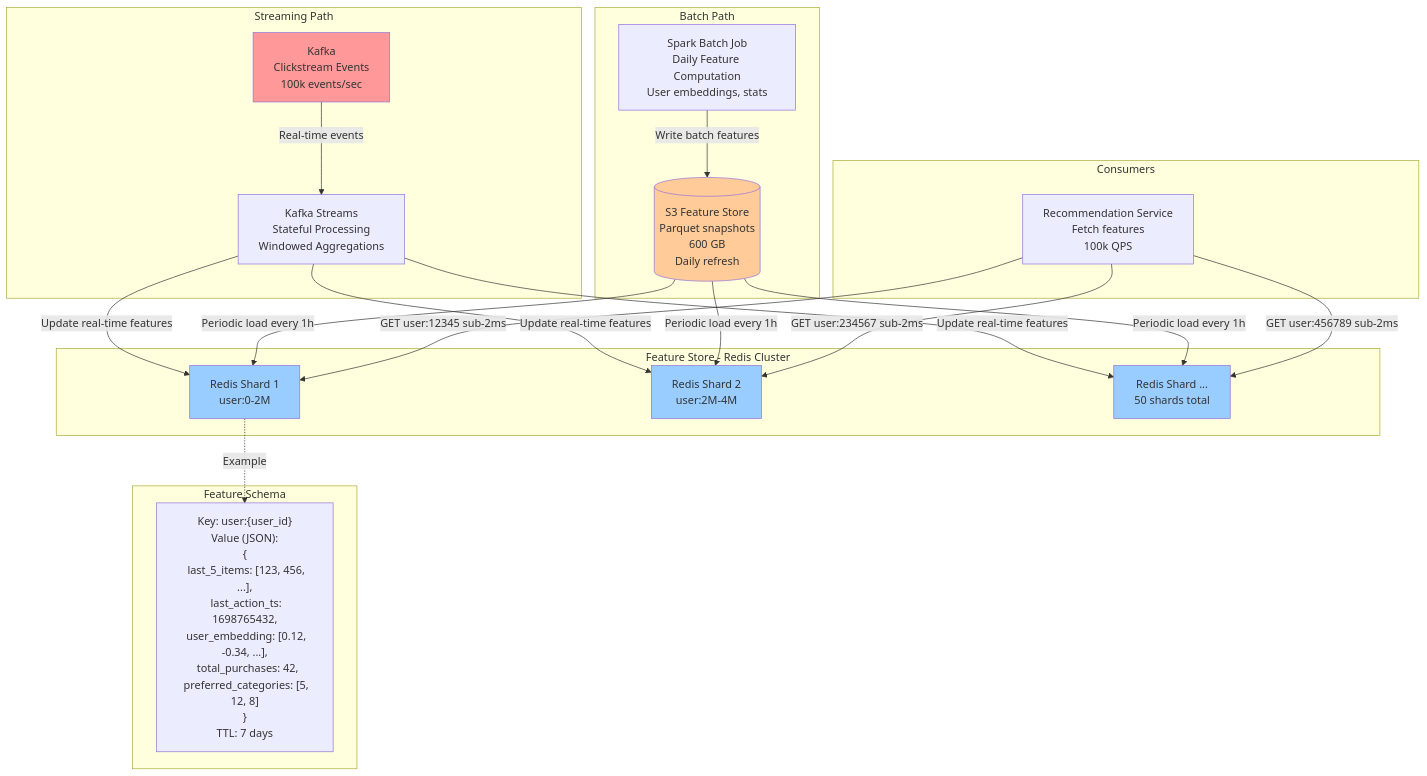
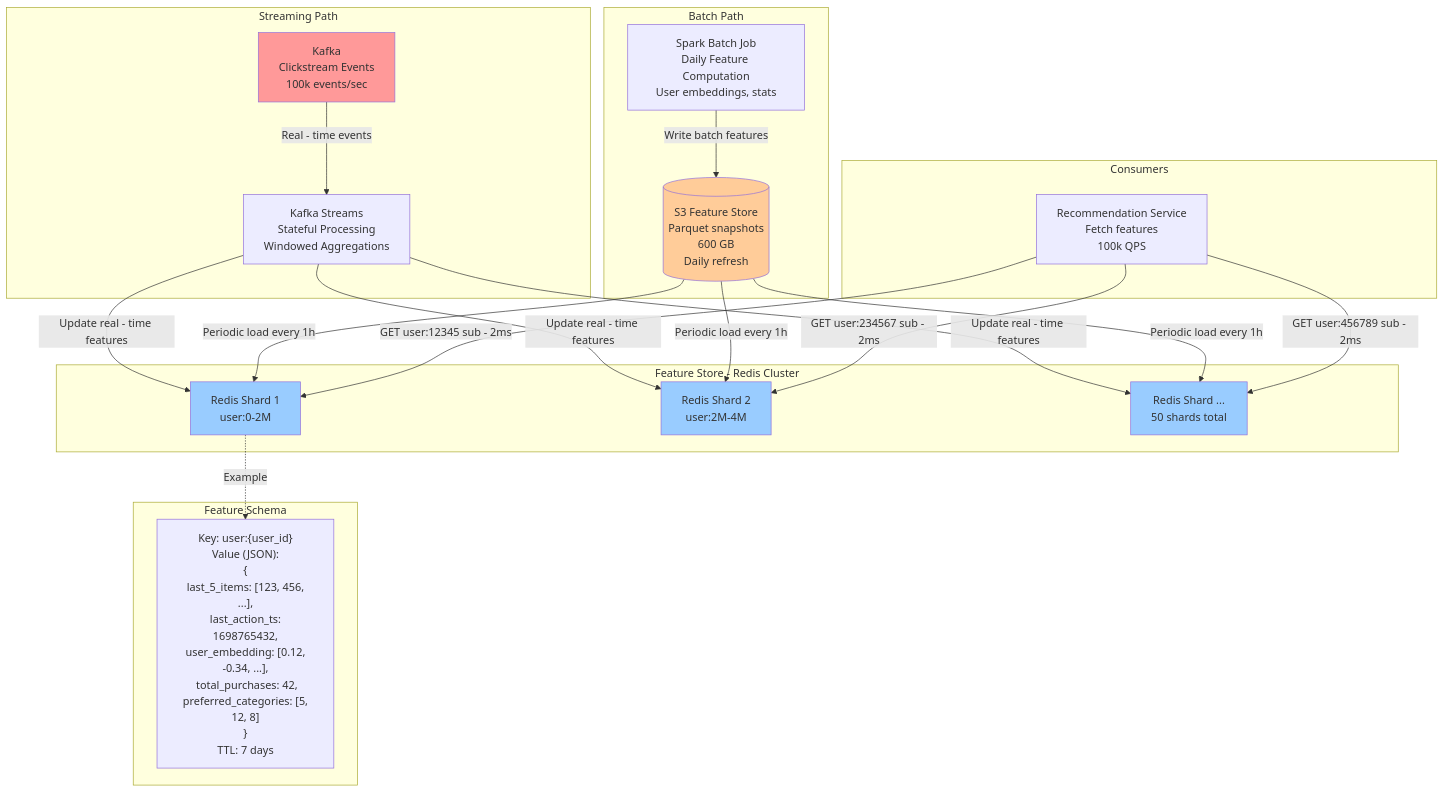
Before and after one commit to piyush7199/hld-architecture-handbook: the fourth of 14 diagrams in 03-challenges/3.4.4-recommendation-system/hld-diagram.md, drawn with Mermaid. The commit also changed other lines of this file and 23 other files, not shown here.

First line of the commit message:
Add Online Code Editor / Judge design challenge with comprehensive documentation and diagrams

````diff
--- a/03-challenges/3.4.4-recommendation-system/hld-diagram.md
+++ b/03-challenges/3.4.4-recommendation-system/hld-diagram.md
@@ -286,50 +291,48 @@
 ```mermaid
 graph TB
     subgraph "Streaming Path"
         Kafka[Kafka<br/>Clickstream Events<br/>100k events/sec]
         KafkaStreams[Kafka Streams<br/>Stateful Processing<br/>Windowed Aggregations]
     end
-    
-    Kafka -->|Real-time events| KafkaStreams
-    
+
+    Kafka -->|Real - time events| KafkaStreams
+
     subgraph "Batch Path"
         Spark[Spark Batch Job<br/>Daily Feature Computation<br/>User embeddings, stats]
         S3Batch[(S3 Feature Store<br/>Parquet snapshots<br/>600 GB<br/>Daily refresh)]
     end
-    
+
     Spark -->|Write batch features| S3Batch
-    
+
     subgraph "Feature Store - Redis Cluster"
         Redis1[Redis Shard 1<br/>user:0-2M]
         Redis2[Redis Shard 2<br/>user:2M-4M]
         Redis3[Redis Shard ...<br/>50 shards total]
     end
-    
-    KafkaStreams -->|Update real-time features| Redis1
-    KafkaStreams -->|Update real-time features| Redis2
-    KafkaStreams -->|Update real-time features| Redis3
-    
+
+    KafkaStreams -->|Update real - time features| Redis1
+    KafkaStreams -->|Update real - time features| Redis2
+    KafkaStreams -->|Update real - time features| Redis3
     S3Batch -->|Periodic load every 1h| Redis1
     S3Batch -->|Periodic load every 1h| Redis2
     S3Batch -->|Periodic load every 1h| Redis3
-    
+
     subgraph "Consumers"
         RecService[Recommendation Service<br/>Fetch features<br/>100k QPS]
     end
-    
-    RecService -->|GET user:12345 sub-2ms| Redis1
-    RecService -->|GET user:234567 sub-2ms| Redis2
-    RecService -->|GET user:456789 sub-2ms| Redis3
-    
+
+    RecService -->|GET user:12345 sub - 2ms| Redis1
+    RecService -->|GET user:234567 sub - 2ms| Redis2
+    RecService -->|GET user:456789 sub - 2ms| Redis3
+
     subgraph "Feature Schema"
-        Schema["Key: user:{user_id}<br/>Value (JSON):<br/>{<br/>  last_5_items: [123, 456, ...],<br/>  last_action_ts: 1698765432,<br/>  user_embedding: [0.12, -0.34, ...],<br/>  total_purchases: 42,<br/>  preferred_categories: [5, 12, 8]<br/>}<br/>TTL: 7 days"]
+        Schema["Key: user:{user_id}<br/>Value (JSON):<br/>{<br/> last_5_items: [123, 456, ...],<br/> last_action_ts: 1698765432,<br/> user_embedding: [0.12, -0.34, ...],<br/> total_purchases: 42,<br/> preferred_categories: [5, 12, 8]<br/>}<br/>TTL: 7 days"]
     end
-    
+
     Redis1 -.->|Example| Schema
-    
-    style Kafka fill:#ff9999
-    style Redis1 fill:#99ccff
-    style Redis2 fill:#99ccff
-    style Redis3 fill:#99ccff
-    style S3Batch fill:#ffcc99
+    style Kafka fill: #ff9999
+    style Redis1 fill: #99ccff
+    style Redis2 fill: #99ccff
+    style Redis3 fill: #99ccff
+    style S3Batch fill: #ffcc99
 ```
````
